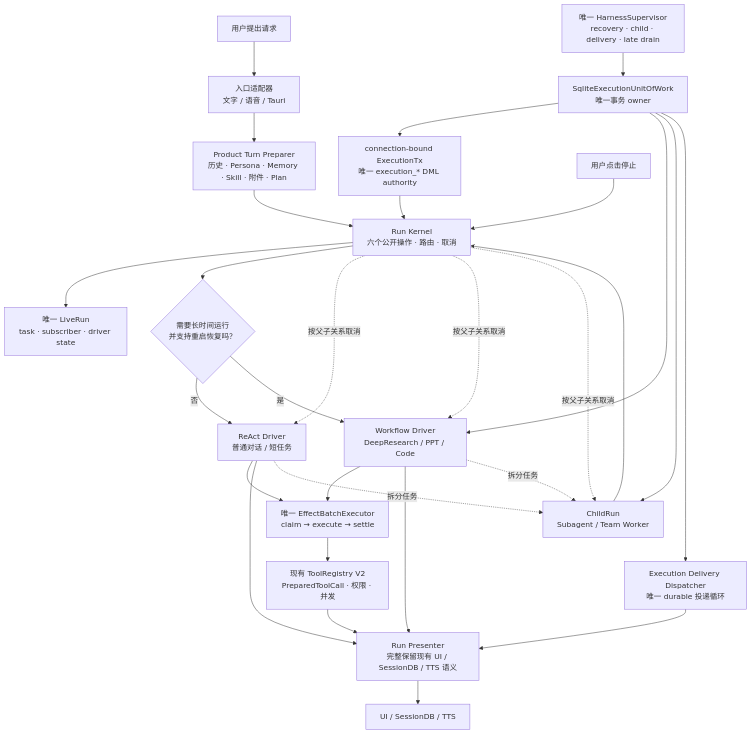
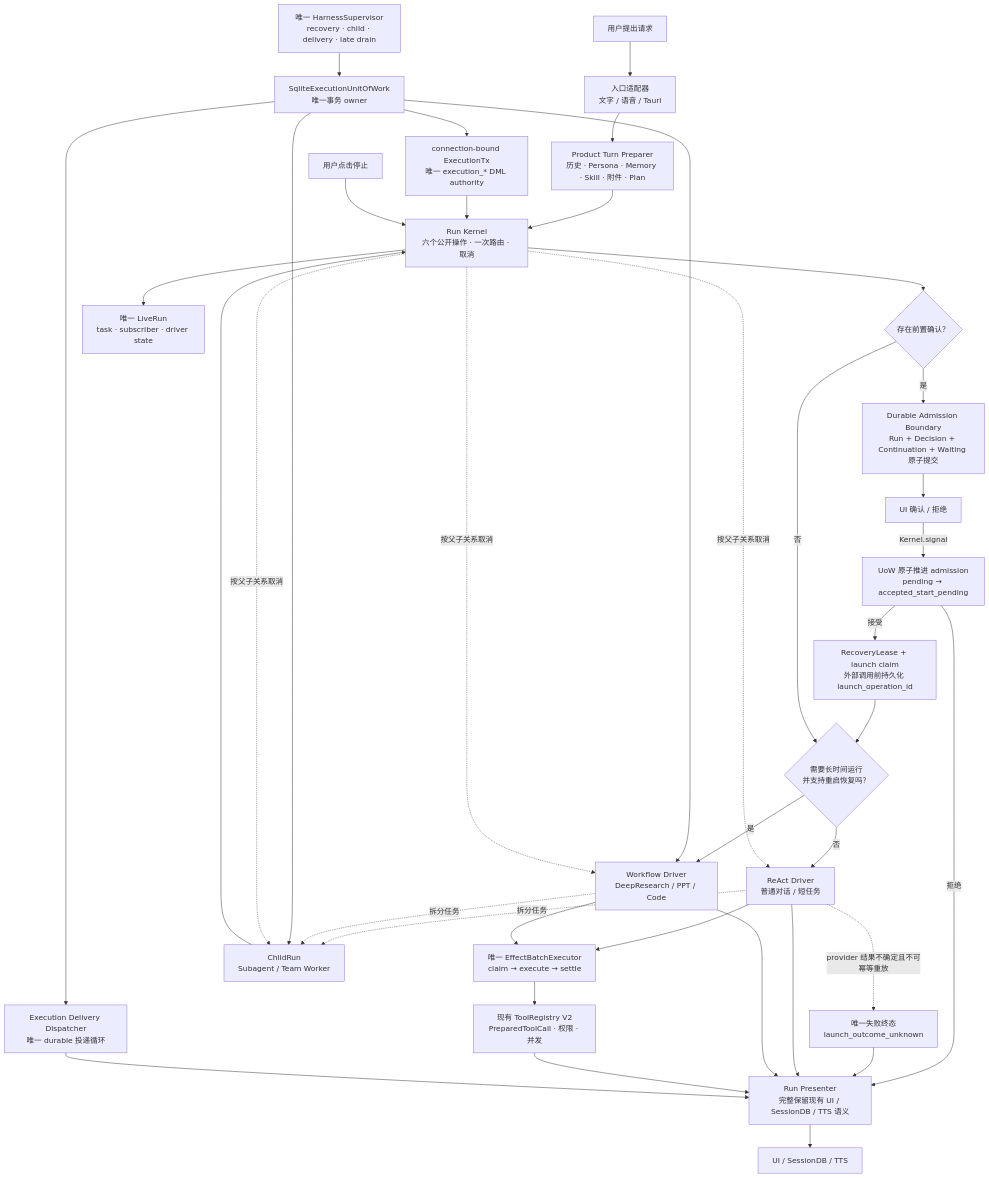
Before and after one commit to DennyWanye/simple_harness: the diagram in plans/2026-07-20-agent-harness-simplification/target-architecture.md, drawn with Mermaid. The commit also changed other lines of this file and 6 other files, not shown here.

Commit message:
plan(harness): finalize durable admission boundary

````diff
--- a/plans/2026-07-20-agent-harness-simplification/target-architecture.md
+++ b/plans/2026-07-20-agent-harness-simplification/target-architecture.md
@@ -21,42 +21,52 @@
 ```mermaid
 flowchart TD
     U["用户提出请求"] --> A["入口适配器<br/>文字 / 语音 / Tauri"]
 
     A --> P["Product Turn Preparer<br/>历史 · Persona · Memory · Skill · 附件 · Plan"]
-    P --> K["Run Kernel<br/>六个公开操作 · 路由 · 取消"]
+    P --> K["Run Kernel<br/>六个公开操作 · 一次路由 · 取消"]
+
+    K --> AD{"存在前置确认？"}
+    AD -->|"是"| DW["Durable Admission Boundary<br/>Run + Decision + Continuation + Waiting 原子提交"]
+    DW --> UI["UI 确认 / 拒绝"]
+    UI -->|"Kernel.signal"| DA["UoW 原子推进 admission<br/>pending → accepted_start_pending"]
+    DA -->|"接受"| LC["RecoveryLease + launch claim<br/>外部调用前持久化 launch_operation_id"]
+    LC --> Q
+    DA -->|"拒绝"| E
+    AD -->|"否"| Q
 
     K --> L["唯一 LiveRun<br/>task · subscriber · driver state"]
-
-    K --> Q{"需要长时间运行<br/>并支持重启恢复吗？"}
+    Q{"需要长时间运行<br/>并支持重启恢复吗？"}
 
     Q -->|"否"| R["ReAct Driver<br/>普通对话 / 短任务"]
     Q -->|"是"| W["Workflow Driver<br/>DeepResearch / PPT / Code"]
+    R -. "provider 结果不确定且不可幂等重放" .-> LU["唯一失败终态<br/>launch_outcome_unknown"]
+    LU --> E
 
     R --> B["唯一 EffectBatchExecutor<br/>claim → execute → settle"]
     W --> B
     B --> T["现有 ToolRegistry V2<br/>PreparedToolCall · 权限 · 并发"]
 
     R --> E["Run Presenter<br/>完整保留现有 UI / SessionDB / TTS 语义"]
     W --> E
     T --> E
 
     E --> O["UI / SessionDB / TTS"]
 
     R -. "拆分任务" .-> C["ChildRun<br/>Subagent / Team Worker"]
     W -. "拆分任务" .-> C
     C --> K
 
     D["SqliteExecutionUnitOfWork<br/>唯一事务 owner"] --> TX["connection-bound ExecutionTx<br/>唯一 execution_* DML authority"]
     TX --> K
     D --> W
     D --> C
     D --> X["Execution Delivery Dispatcher<br/>唯一 durable 投递循环"]
     X --> E
 
     H["唯一 HarnessSupervisor<br/>recovery · child · delivery · late drain"] --> D
 
     S["用户点击停止"] --> K
     K -. "按父子关系取消" .-> R
     K -. "按父子关系取消" .-> W
     K -. "按父子关系取消" .-> C
 ```
````
